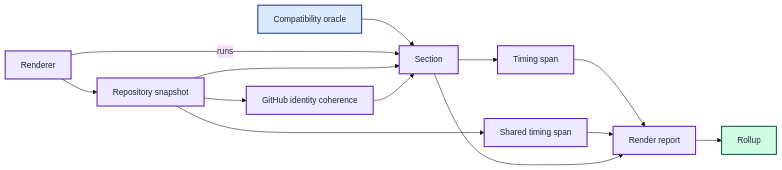
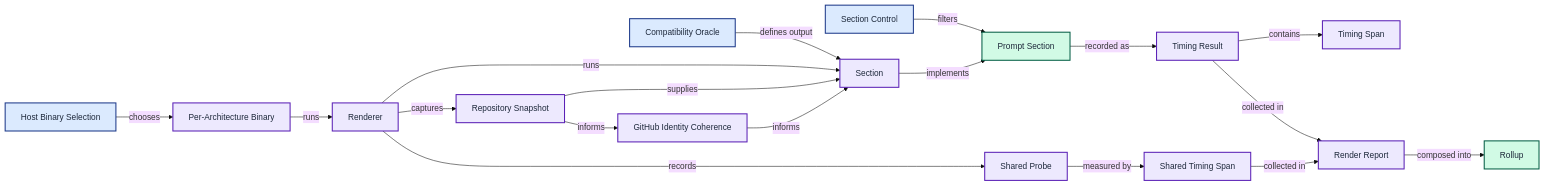
Before and after one commit to neozenith/dotfiles: the diagram in joshpeak-prompt/GLOSSARY.md, drawn with Mermaid (base theme). The commit also changed other lines of this file and 19 other files, not shown here.

````diff
--- a/joshpeak-prompt/GLOSSARY.md
+++ b/joshpeak-prompt/GLOSSARY.md
@@ -6,19 +8,24 @@
 ```mermaid
 flowchart LR
-    Oracle["Compatibility oracle"]:::input --> Section["Section"]:::process
-    Renderer["Renderer"]:::process -->|runs| Section
-    Renderer --> Snapshot["Repository snapshot"]:::process
-    Snapshot --> Section
-    Section --> Span["Timing span"]:::process
-    Snapshot --> SharedSpan["Shared timing span"]:::process
-    Snapshot --> Coherence["GitHub identity coherence"]:::process
-    Coherence --> Section
-    Span --> Report["Render report"]:::process
-    SharedSpan --> Report
-    Section --> Report
-    Report --> Rollup["Rollup"]:::output
+    Oracle["Compatibility Oracle"]:::input -->|defines output| Section["Section"]:::process
+    Host["Host Binary Selection"]:::input -->|chooses| Binary["Per-Architecture Binary"]:::process
+    Binary -->|runs| Renderer["Renderer"]:::process
+    Control["Section Control"]:::input -->|filters| PromptSection["Prompt Section"]:::output
+    Renderer -->|runs| Section
+    Renderer -->|captures| Snapshot["Repository Snapshot"]:::process
+    Renderer -->|records| Probe["Shared Probe"]:::process
+    Snapshot -->|informs| Coherence["GitHub Identity Coherence"]:::process
+    Snapshot -->|supplies| Section
+    Coherence -->|informs| Section
+    Section -->|implements| PromptSection
+    PromptSection -->|recorded as| TimingResult["Timing Result"]:::process
+    TimingResult -->|contains| Span["Timing Span"]:::process
+    Probe -->|measured by| SharedSpan["Shared Timing Span"]:::process
+    TimingResult -->|collected in| Report["Render Report"]:::process
+    SharedSpan -->|collected in| Report
+    Report -->|composed into| Rollup["Rollup"]:::output
 
     classDef input fill:#dbeafe,stroke:#1e3a8a,color:#1e293b,stroke-width:2px
     classDef process fill:#ede9fe,stroke:#5b21b6,color:#1e293b,stroke-width:2px
     classDef output fill:#d1fae5,stroke:#065f46,color:#1e293b,stroke-width:2px
 ```
````
